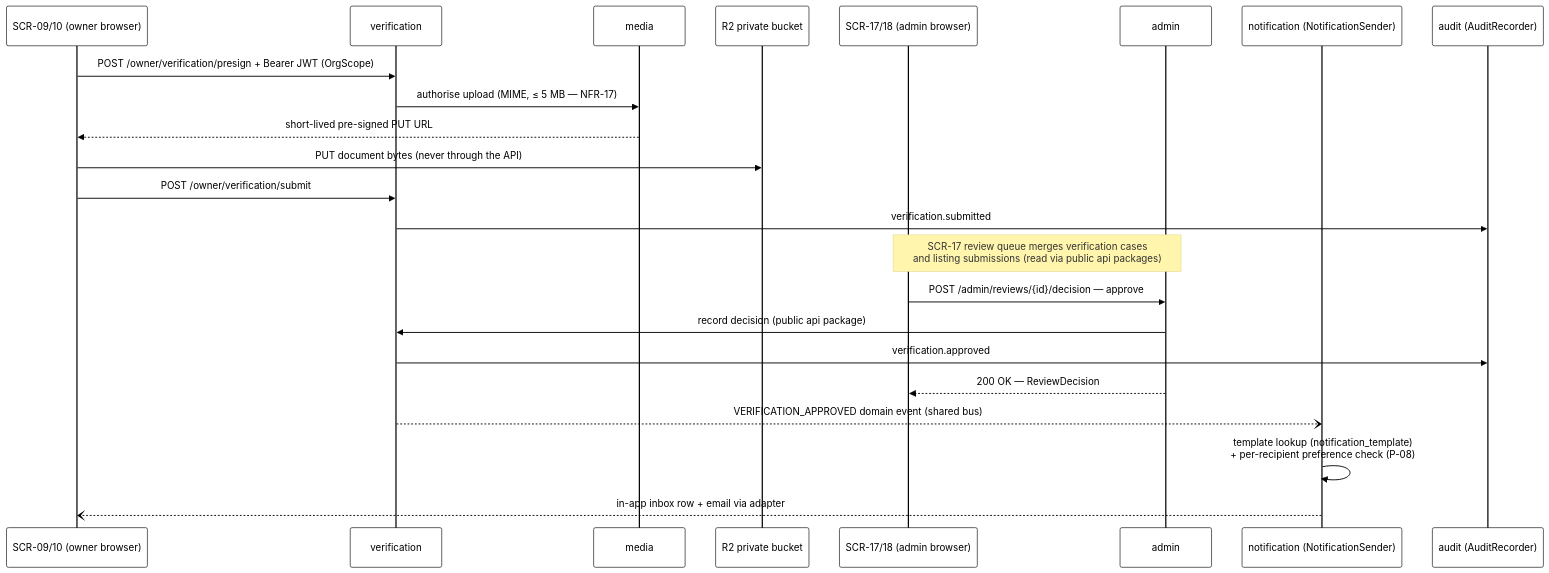
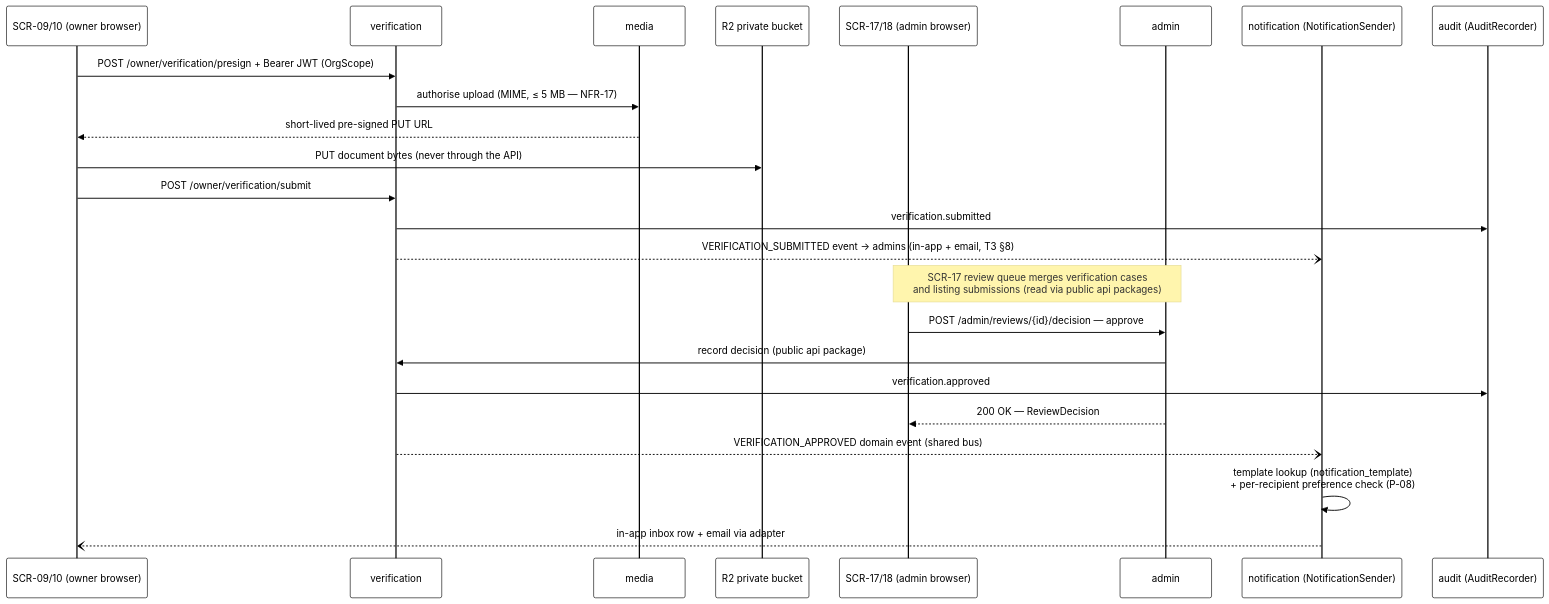
The fourth of 5 diagrams in docs/design/backend-architecture.md (ObboyeBossman/findstay), drawn with Mermaid before and after one commit. The commit also changed other lines of this file and 3 other files, not shown here.

````diff
--- a/docs/design/backend-architecture.md
+++ b/docs/design/backend-architecture.md
@@ -267,26 +292,27 @@
 ```mermaid
 %%{init: {'theme': 'base', 'themeVariables': { 'primaryColor': '#ffffff', 'primaryTextColor': '#000000', 'primaryBorderColor': '#000000', 'lineColor': '#000000', 'secondaryColor': '#ffffff', 'tertiaryColor': '#ffffff', 'background': '#ffffff', 'nodeBkg': '#ffffff', 'nodeBorder': '#000000', 'clusterBkg': '#ffffff', 'clusterBorder': '#000000', 'edgeLabelBackground': '#ffffff', 'textColor': '#000000' }}}%%
 sequenceDiagram
     participant O as SCR-09/10 (owner browser)
     participant VER as verification
     participant MED as media
     participant R2 as R2 private bucket
     participant A as SCR-17/18 (admin browser)
     participant ADM as admin
     participant NOT as notification (NotificationSender)
     participant AUD as audit (AuditRecorder)
     O->>VER: POST /owner/verification/presign + Bearer JWT (OrgScope)
     VER->>MED: authorise upload (MIME, ≤ 5 MB — NFR-17)
     MED-->>O: short-lived pre-signed PUT URL
     O->>R2: PUT document bytes (never through the API)
     O->>VER: POST /owner/verification/submit
     VER->>AUD: verification.submitted
+    VER--)NOT: VERIFICATION_SUBMITTED event → admins (in-app + email, T3 §8)
     Note over A,ADM: SCR-17 review queue merges verification cases<br/>and listing submissions (read via public api packages)
     A->>ADM: POST /admin/reviews/{id}/decision — approve
     ADM->>VER: record decision (public api package)
     VER->>AUD: verification.approved
     ADM-->>A: 200 OK — ReviewDecision
     VER--)NOT: VERIFICATION_APPROVED domain event (shared bus)
     NOT->>NOT: template lookup (notification_template)<br/>+ per-recipient preference check (P-08)
     NOT--)O: in-app inbox row + email via adapter
 ```
````
